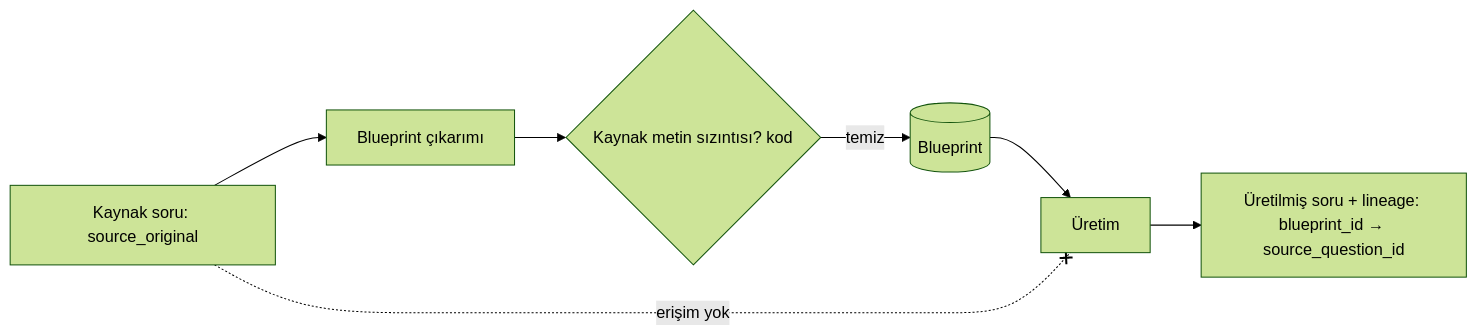
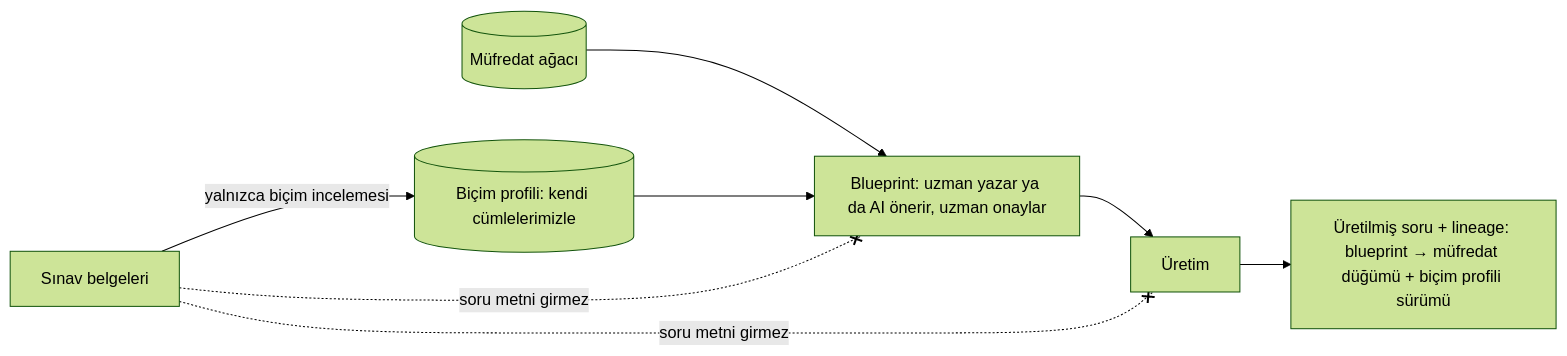
The third of 5 diagrams in docs/ARCHITECTURE.md (neslieda/LearningQlab), drawn with Mermaid (forest theme) before and after one commit. The commit also changed other lines of this file and 7 other files, not shown here.

````diff
--- a/docs/ARCHITECTURE.md
+++ b/docs/ARCHITECTURE.md
@@ -136,9 +136,10 @@
 ```mermaid
 flowchart LR
-  SRC[Kaynak soru: source_original] --> BP[Blueprint çıkarımı]
-  BP --> LEAK{Kaynak metin sızıntısı? kod}
-  LEAK -->|temiz| B[(Blueprint)]
-  B --> G[Üretim]
-  SRC -. erişim yok .-x G
-  G --> Q[Üretilmiş soru + lineage: blueprint_id → source_question_id]
+  DOC[Sınav belgeleri] -->|yalnızca biçim incelemesi| FP[(Biçim profili: kendi cümlelerimizle)]
+  SYL[(Müfredat ağacı)] --> BP[Blueprint: uzman yazar ya da AI önerir, uzman onaylar]
+  FP --> BP
+  BP --> G[Üretim]
+  DOC -. soru metni girmez .-x BP
+  DOC -. soru metni girmez .-x G
+  G --> Q[Üretilmiş soru + lineage: blueprint → müfredat düğümü + biçim profili sürümü]
 ```
````
